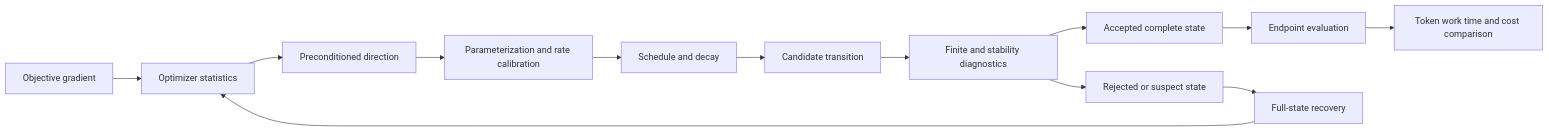
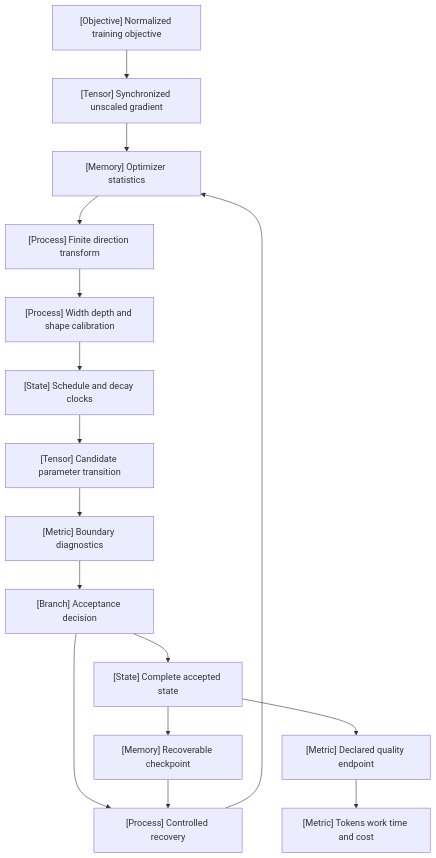
One commit to neuralatlasai/The_Model_Stack changed the diagram in docs/vol-01-learning-and-representation/part-04-training-science-and-adaptation/ch20-optimization-schedules-and-training-stability/README.md. Above: the diagram before and after it, drawn with Mermaid. The commit also changed other lines of this file and 399 other files, not shown here.

Commit message:
Complete training-science chapters and fix Atlas presentation and deployment

````diff
--- a/docs/vol-01-learning-and-representation/part-04-training-science-and-adaptation/ch20-optimization-schedules-and-training-stability/README.md
+++ b/docs/vol-01-learning-and-representation/part-04-training-science-and-adaptation/ch20-optimization-schedules-and-training-stability/README.md
@@ -54,15 +52,18 @@
 ```mermaid
-flowchart LR
-  A[Objective gradient] --> B[Optimizer statistics]
-  B --> C[Preconditioned direction]
-  C --> D[Parameterization and rate calibration]
-  D --> E[Schedule and decay]
-  E --> F[Candidate transition]
-  F --> G[Finite and stability diagnostics]
-  G --> H[Accepted complete state]
-  G --> I[Rejected or suspect state]
-  I --> J[Full-state recovery]
-  J --> B
-  H --> K[Endpoint evaluation]
-  K --> L[Token work time and cost comparison]
+flowchart TB
+  objective["[Objective] Normalized training objective"] --> gradient["[Tensor] Synchronized unscaled gradient"]
+  gradient --> history["[Memory] Optimizer statistics"]
+  history --> transform["[Process] Finite direction transform"]
+  transform --> scale["[Process] Width depth and shape calibration"]
+  scale --> schedule["[State] Schedule and decay clocks"]
+  schedule --> candidate["[Tensor] Candidate parameter transition"]
+  candidate --> diagnostics["[Metric] Boundary diagnostics"]
+  diagnostics --> acceptance["[Branch] Acceptance decision"]
+  acceptance --> retained["[State] Complete accepted state"]
+  acceptance --> recovery["[Process] Controlled recovery"]
+  retained --> checkpoint["[Memory] Recoverable checkpoint"]
+  checkpoint --> recovery
+  recovery --> history
+  retained --> endpoint["[Metric] Declared quality endpoint"]
+  endpoint --> accounting["[Metric] Tokens work time and cost"]
 ```
````
